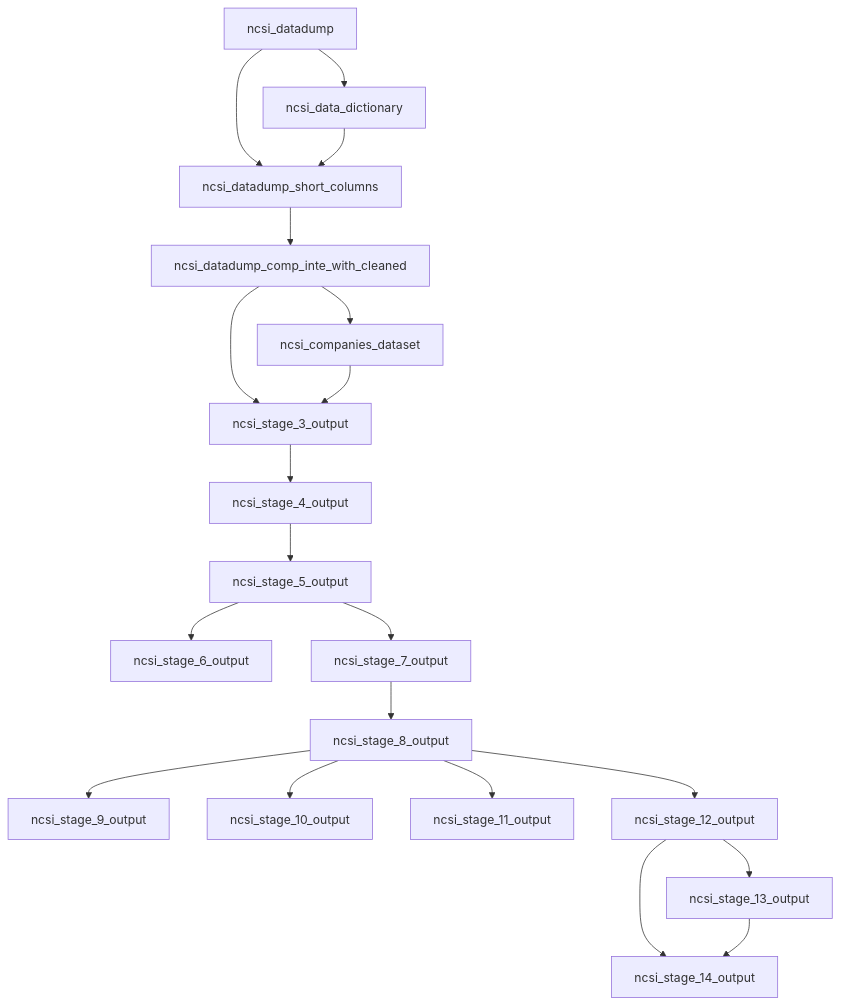
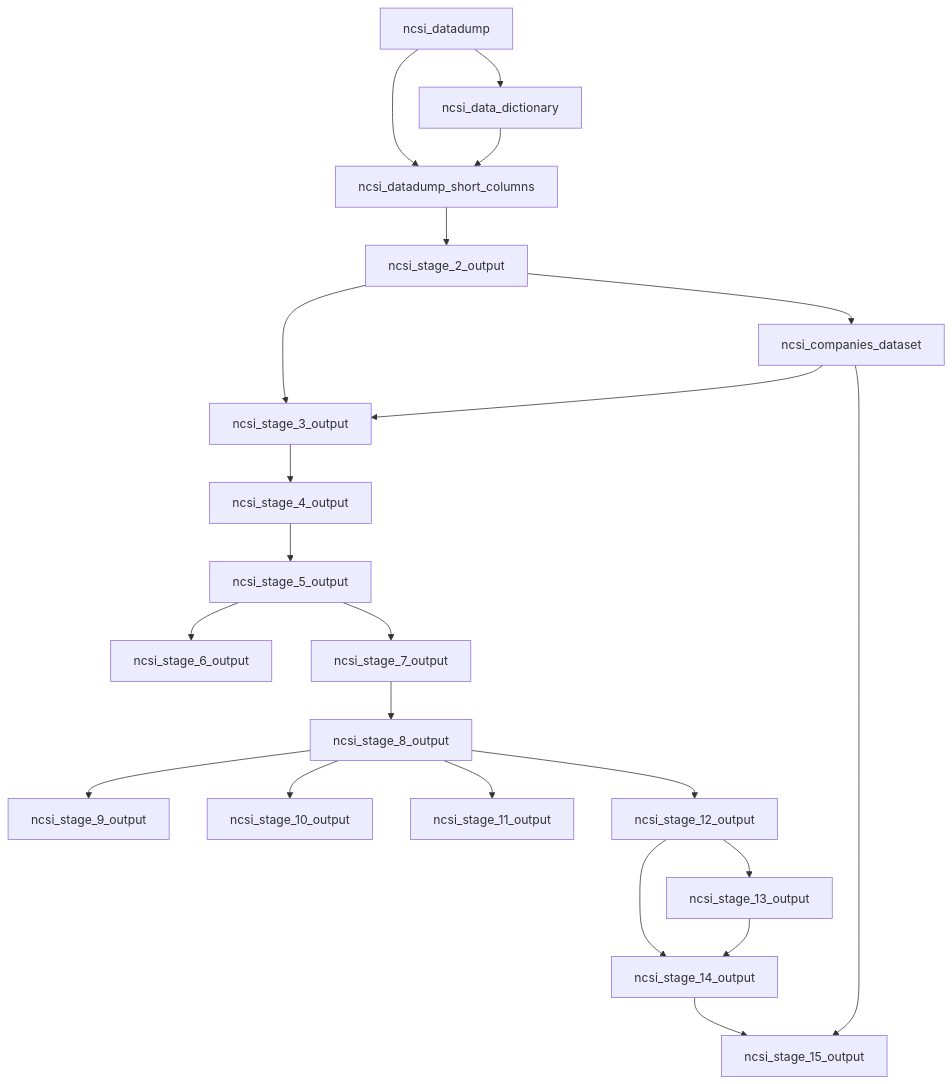
The diagram in Dagster/README.md (techsupport-Apercu/Dagster-Data-Quality-Standards-Verification-Project), drawn with Mermaid before and after one commit. The commit also changed other lines of this file and 17 other files, not shown here.

````diff
--- a/Dagster/README.md
+++ b/Dagster/README.md
@@ -7,22 +7,24 @@
 ```mermaid
 graph TD
      A[ncsi_datadump] --> B[ncsi_data_dictionary]
      A --> C[ncsi_datadump_short_columns]
      B --> C
-     C --> D[ncsi_datadump_comp_inte_with_cleaned]
+    C --> D[ncsi_stage_2_output]
      D --> E[ncsi_companies_dataset]
      D --> F[ncsi_stage_3_output]
      E --> F
      F --> G[ncsi_stage_4_output]
      G --> H[ncsi_stage_5_output]
     H --> I[ncsi_stage_6_output]
     H --> J[ncsi_stage_7_output]
     J --> K[ncsi_stage_8_output]
     K --> L[ncsi_stage_9_output]
     K --> M[ncsi_stage_10_output]
     K --> N[ncsi_stage_11_output]
     K --> O[ncsi_stage_12_output]
     O --> P[ncsi_stage_13_output]
     O --> Q[ncsi_stage_14_output]
     P --> Q
+    Q --> R[ncsi_stage_15_output]
+    E --> R
 ```
````
